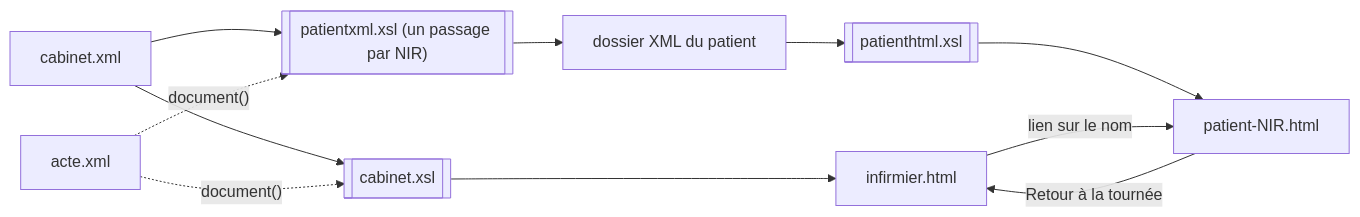
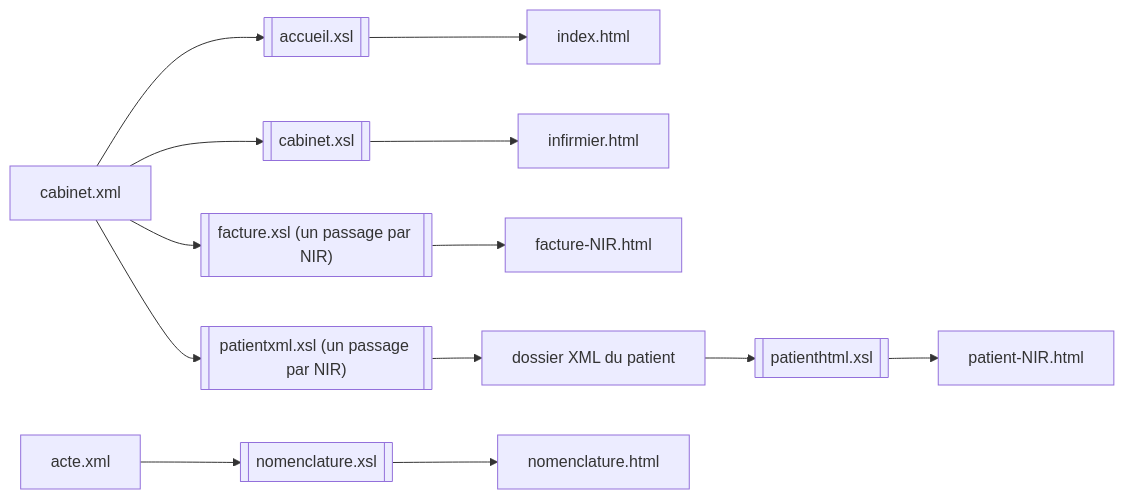
The third of 3 diagrams in README.md (MEDAMINEJAANANE21/CabinetInfirmier), drawn with Mermaid before and after one commit. The commit also changed other lines of this file and 33 other files, not shown here.

````diff
--- a/README.md
+++ b/README.md
@@ -413,11 +445,10 @@
 ```mermaid
 flowchart LR
     C[cabinet.xml]
     A[acte.xml]
+    C --> XA[[accueil.xsl]] --> HA[index.html]
     C --> X1[[cabinet.xsl]] --> H1[infirmier.html]
+    C --> XF[["facture.xsl (un passage par NIR)"]] --> HF["facture-NIR.html"]
+    A --> XN[[nomenclature.xsl]] --> HN[nomenclature.html]
     C --> X2[["patientxml.xsl (un passage par NIR)"]] --> P["dossier XML du patient"] --> X3[[patienthtml.xsl]] --> H2["patient-NIR.html"]
-    A -. "document()" .-> X1
-    A -. "document()" .-> X2
-    H1 -- "lien sur le nom" --> H2
-    H2 -- "Retour à la tournée" --> H1
 ```
````
